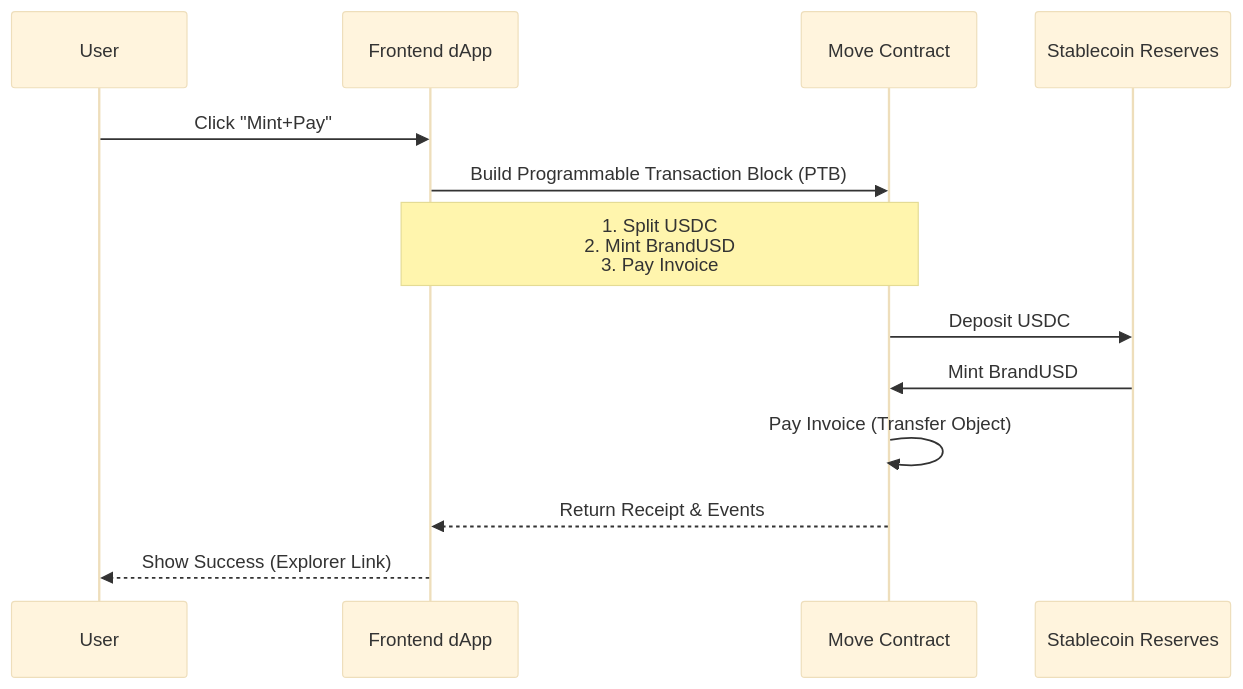
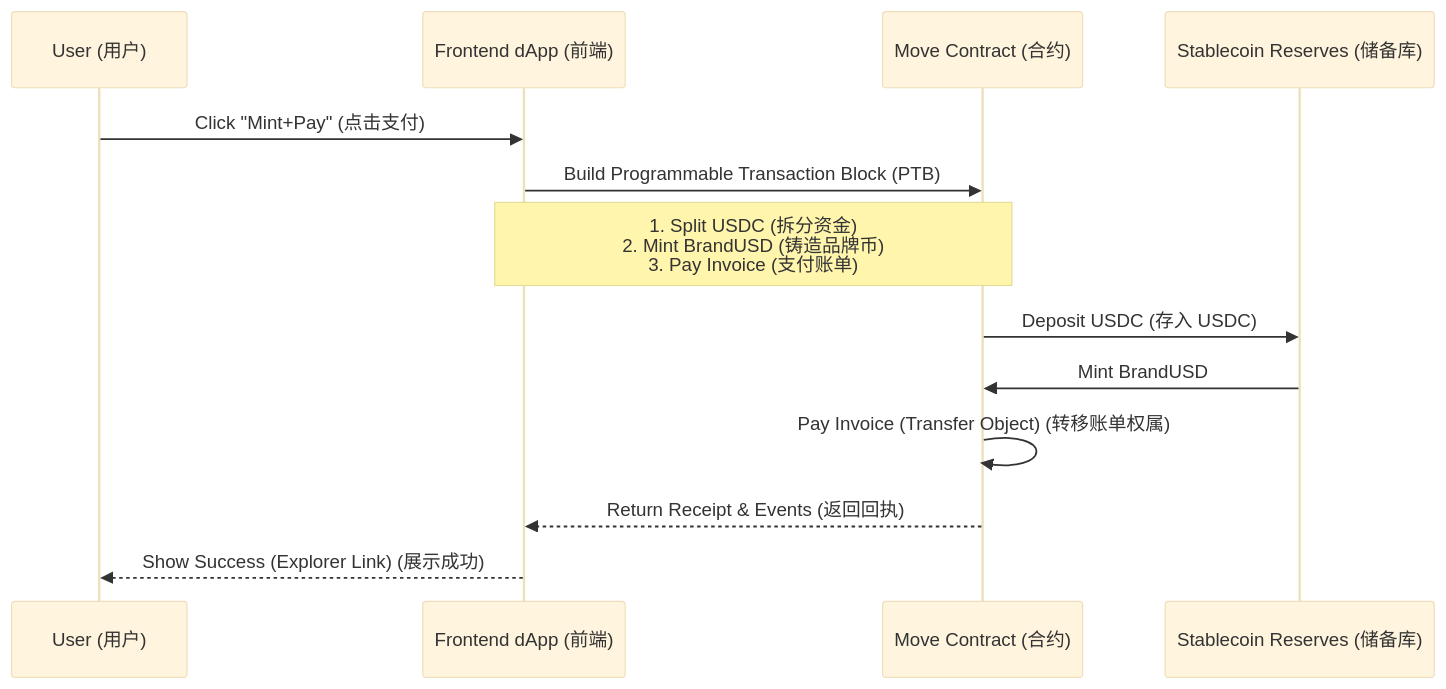
The second of 2 diagrams in docs/demo-script.md (2658183739/vibecoding-vrm-sui), drawn with Mermaid (base theme) before and after one commit. The commit also changed other lines of this file, not shown here.

````diff
--- a/docs/demo-script.md
+++ b/docs/demo-script.md
@@ -86,16 +156,16 @@
 ```mermaid
 sequenceDiagram
-    participant User as User
-    participant Client as Frontend dApp
-    participant Contract as Move Contract
-    participant Treasury as Stablecoin Reserves
+    participant User as User (用户)
+    participant Client as Frontend dApp (前端)
+    participant Contract as Move Contract (合约)
+    participant Treasury as Stablecoin Reserves (储备库)
 
-    User->>Client: Click "Mint+Pay"
+    User->>Client: Click "Mint+Pay" (点击支付)
     Client->>Contract: Build Programmable Transaction Block (PTB)
-    Note over Client, Contract: 1. Split USDC<br/>2. Mint BrandUSD<br/>3. Pay Invoice
-    Contract->>Treasury: Deposit USDC
+    Note over Client, Contract: 1. Split USDC (拆分资金)<br/>2. Mint BrandUSD (铸造品牌币)<br/>3. Pay Invoice (支付账单)
+    Contract->>Treasury: Deposit USDC (存入 USDC)
     Treasury->>Contract: Mint BrandUSD
-    Contract->>Contract: Pay Invoice (Transfer Object)
-    Contract-->>Client: Return Receipt & Events
-    Client-->>User: Show Success (Explorer Link)
+    Contract->>Contract: Pay Invoice (Transfer Object) (转移账单权属)
+    Contract-->>Client: Return Receipt & Events (返回回执)
+    Client-->>User: Show Success (Explorer Link) (展示成功)
 ```
````
